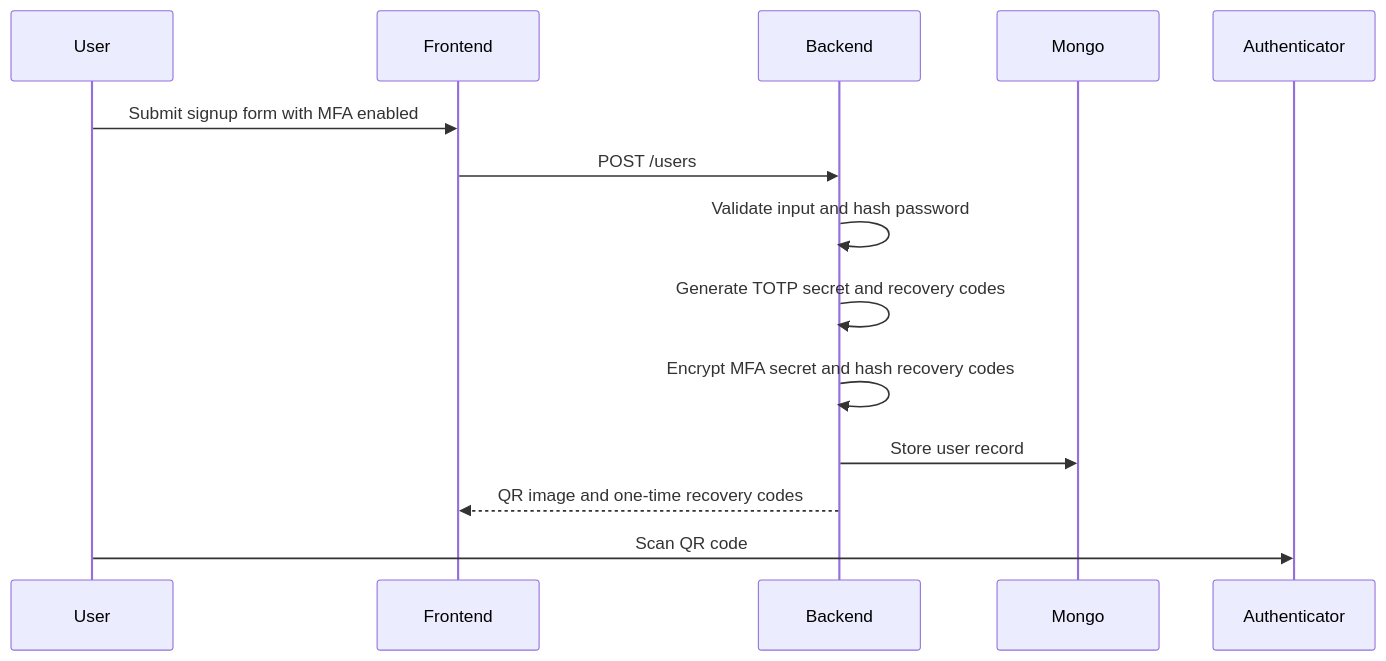
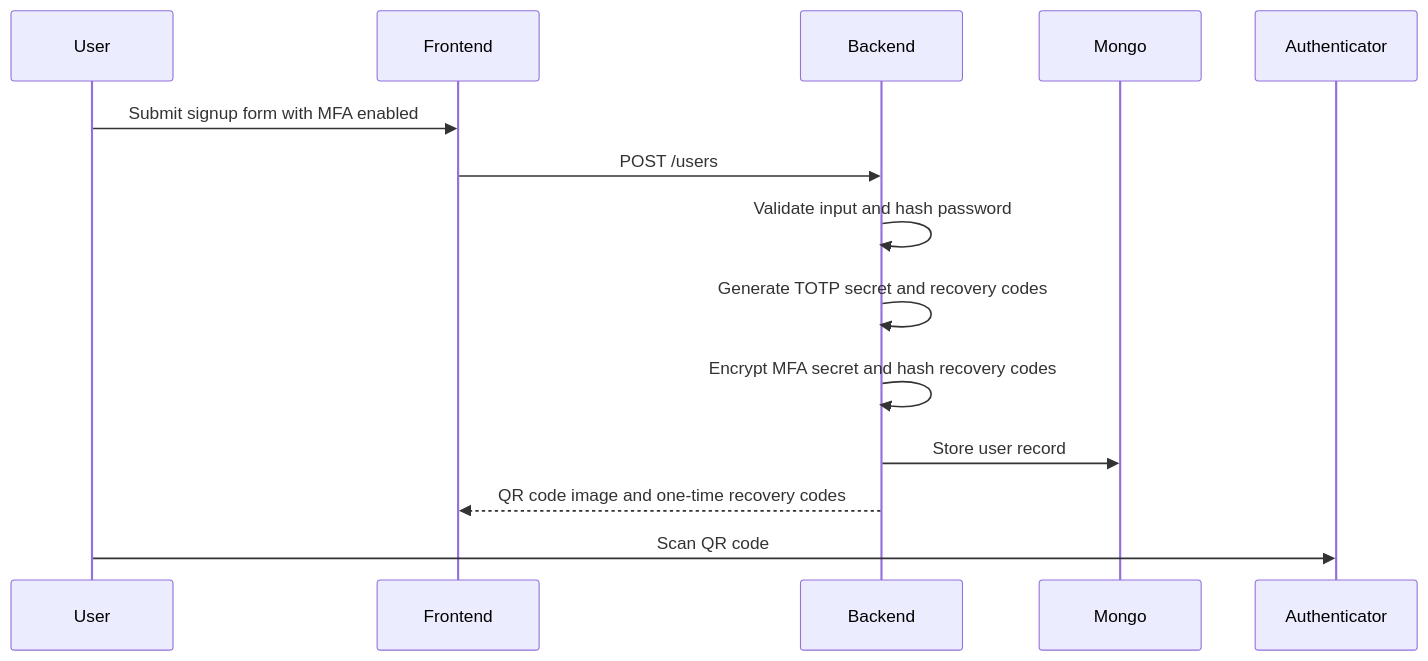
One commit to leoyakubov/2-factor-authentication-demo changed the fifth of 8 diagrams in README.md. Above: the diagram before and after it, drawn with Mermaid. The commit also changed other lines of this file, not shown here.

````diff
--- a/README.md
+++ b/README.md
@@ -284,17 +284,17 @@
 ```mermaid
 sequenceDiagram
     participant User
     participant Frontend
     participant Backend
     participant Mongo
     participant Authenticator
 
     User->>Frontend: Submit signup form with MFA enabled
     Frontend->>Backend: POST /users
     Backend->>Backend: Validate input and hash password
     Backend->>Backend: Generate TOTP secret and recovery codes
     Backend->>Backend: Encrypt MFA secret and hash recovery codes
     Backend->>Mongo: Store user record
-    Backend-->>Frontend: QR image and one-time recovery codes
+    Backend-->>Frontend: QR code image and one-time recovery codes
     User->>Authenticator: Scan QR code
 ```
````
